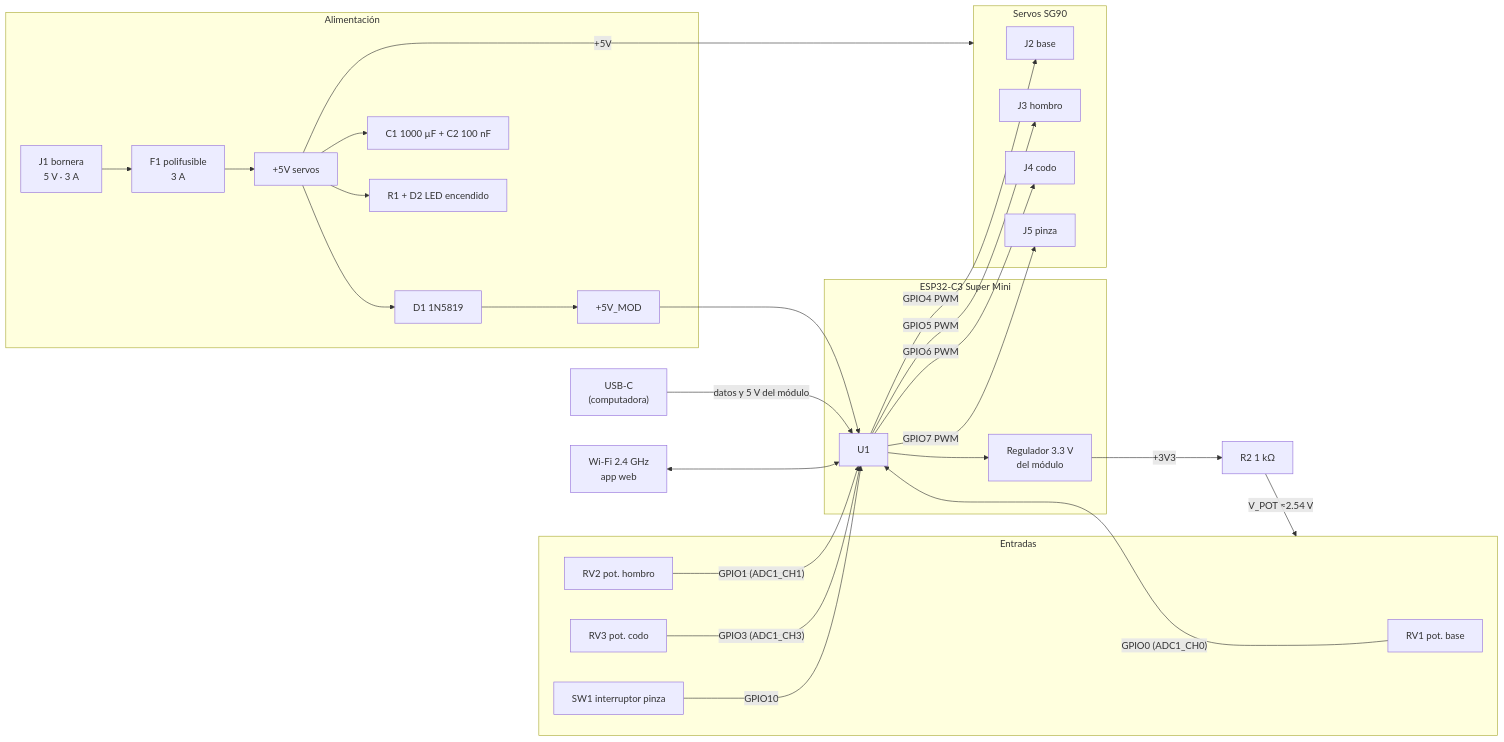
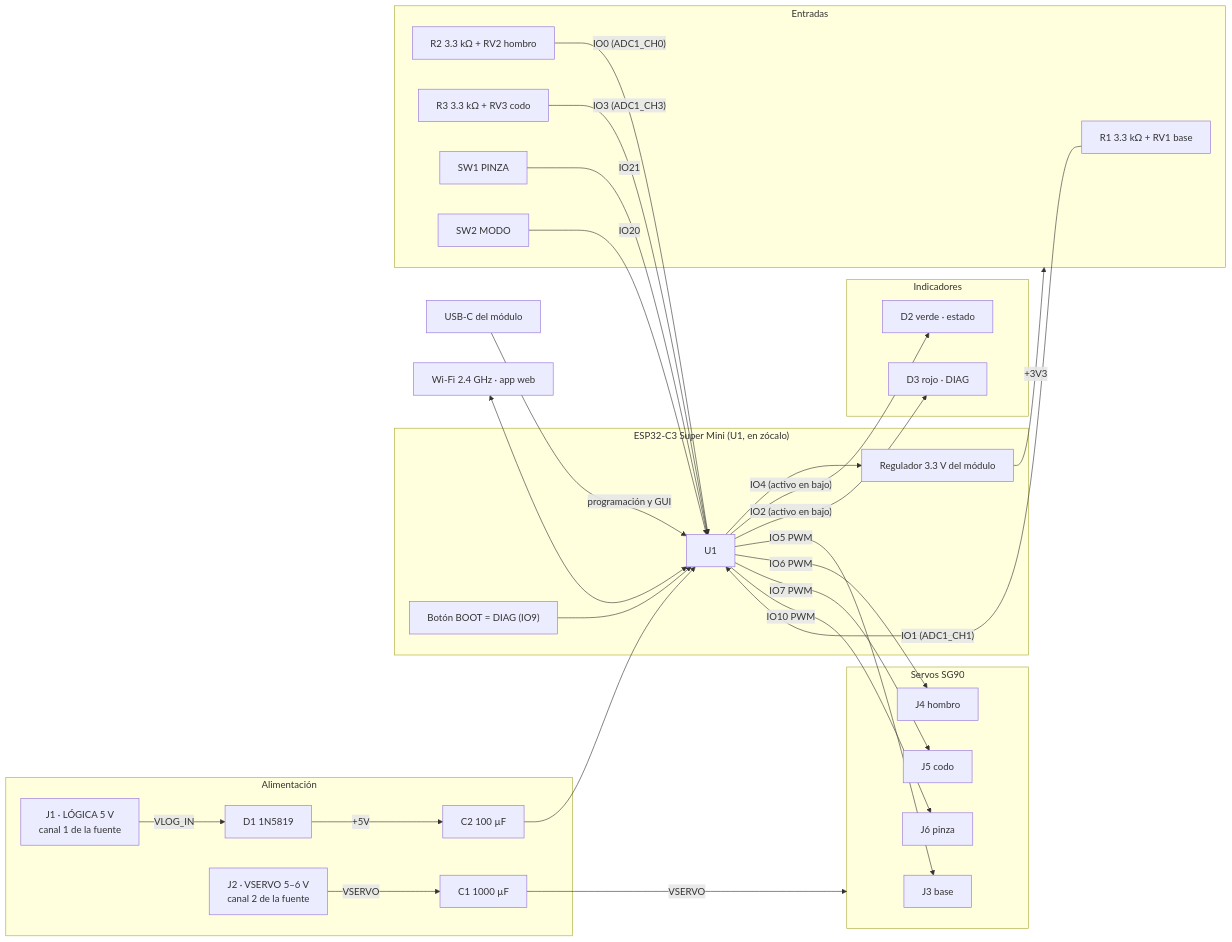
One commit to sebastiux/portafolio-just-the-docs changed the first of 3 diagrams in brazos/03-electronica-programacion.md. Above: the diagram before and after it, drawn with Mermaid. The commit also changed other lines of this file and 86 other files, not shown here.

````diff
--- a/brazos/03-electronica-programacion.md
+++ b/brazos/03-electronica-programacion.md
@@ -29,38 +31,43 @@
 ```mermaid
 flowchart LR
   subgraph ALI["Alimentación"]
-    J1["J1 bornera<br/>5 V · 3 A"] --> F1["F1 polifusible<br/>3 A"]
-    F1 --> V5["+5V servos"]
-    V5 --> D1["D1 1N5819"]
-    D1 --> V5M["+5V_MOD"]
-    V5 --> C1["C1 1000 µF + C2 100 nF"]
-    V5 --> LED["R1 + D2 LED encendido"]
+    J1["J1 · LÓGICA 5 V<br/>canal 1 de la fuente"] -- VLOG_IN --> D1["D1 1N5819"]
+    D1 -- "+5V" --> C2["C2 100 µF"]
+    J2["J2 · VSERVO 5–6 V<br/>canal 2 de la fuente"] -- VSERVO --> C1["C1 1000 µF"]
   end
-  subgraph MCU["ESP32-C3 Super Mini"]
+  subgraph MCU["ESP32-C3 Super Mini (U1, en zócalo)"]
     U1["U1"]
-    REG["Regulador 3.3 V<br/>del módulo"]
+    REG["Regulador 3.3 V del módulo"]
+    BOOT["Botón BOOT = DIAG (IO9)"]
   end
   subgraph ENT["Entradas"]
-    RV1["RV1 pot. base"] -- "GPIO0 (ADC1_CH0)" --> U1
-    RV2["RV2 pot. hombro"] -- "GPIO1 (ADC1_CH1)" --> U1
-    RV3["RV3 pot. codo"] -- "GPIO3 (ADC1_CH3)" --> U1
-    SW1["SW1 interruptor pinza"] -- "GPIO10" --> U1
+    RV1["R1 3.3 kΩ + RV1 base"] -- "IO1 (ADC1_CH1)" --> U1
+    RV2["R2 3.3 kΩ + RV2 hombro"] -- "IO0 (ADC1_CH0)" --> U1
+    RV3["R3 3.3 kΩ + RV3 codo"] -- "IO3 (ADC1_CH3)" --> U1
+    SW1["SW1 PINZA"] -- "IO21" --> U1
+    SW2["SW2 MODO"] -- "IO20" --> U1
   end
-  subgraph SAL["Servos SG90"]
-    J2["J2 base"]
-    J3["J3 hombro"]
-    J4["J4 codo"]
-    J5["J5 pinza"]
+  subgraph IND["Indicadores"]
+    D2["D2 verde · estado"]
+    D3["D3 rojo · DIAG"]
   end
-  V5M --> U1
+  subgraph SRV["Servos SG90"]
+    J3["J3 base"]
+    J4["J4 hombro"]
+    J5["J5 codo"]
+    J6["J6 pinza"]
+  end
+  C2 --> U1
   U1 --> REG
-  REG -- "+3V3" --> R2["R2 1 kΩ"]
-  R2 -- "V_POT ≈2.54 V" --> ENT
-  U1 -- "GPIO4 PWM" --> J2
-  U1 -- "GPIO5 PWM" --> J3
-  U1 -- "GPIO6 PWM" --> J4
-  U1 -- "GPIO7 PWM" --> J5
-  V5 -- "+5V" --> SAL
-  USB["USB-C<br/>(computadora)"] -- "datos y 5 V del módulo" --> U1
-  WIFI["Wi-Fi 2.4 GHz<br/>app web"] <--> U1
+  REG -- "+3V3" --> ENT
+  BOOT --> U1
+  U1 -- "IO4 (activo en bajo)" --> D2
+  U1 -- "IO2 (activo en bajo)" --> D3
+  U1 -- "IO5 PWM" --> J3
+  U1 -- "IO6 PWM" --> J4
+  U1 -- "IO7 PWM" --> J5
+  U1 -- "IO10 PWM" --> J6
+  C1 -- VSERVO --> SRV
+  USB["USB-C del módulo"] -- "programación y GUI" --> U1
+  WIFI["Wi-Fi 2.4 GHz · app web"] <--> U1
 ```
````
